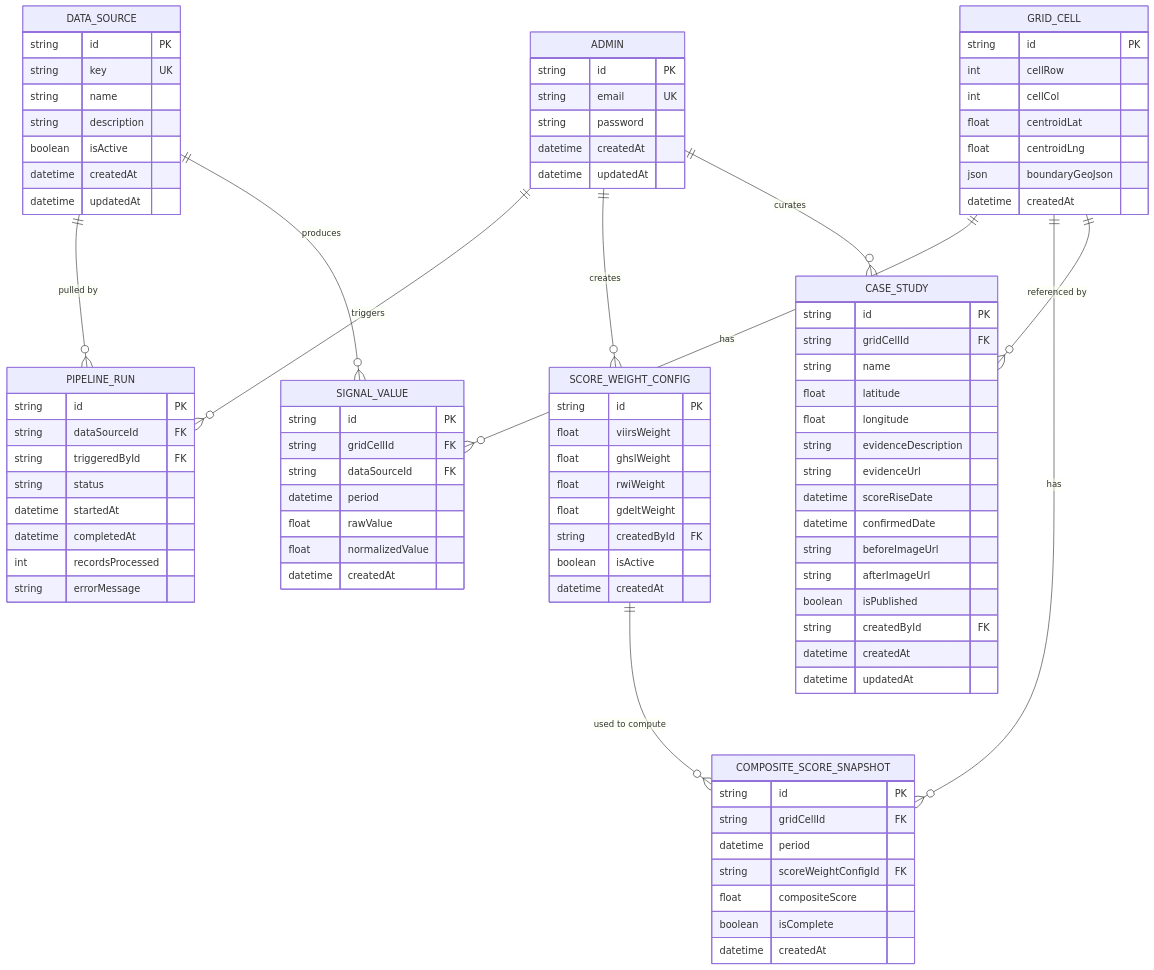
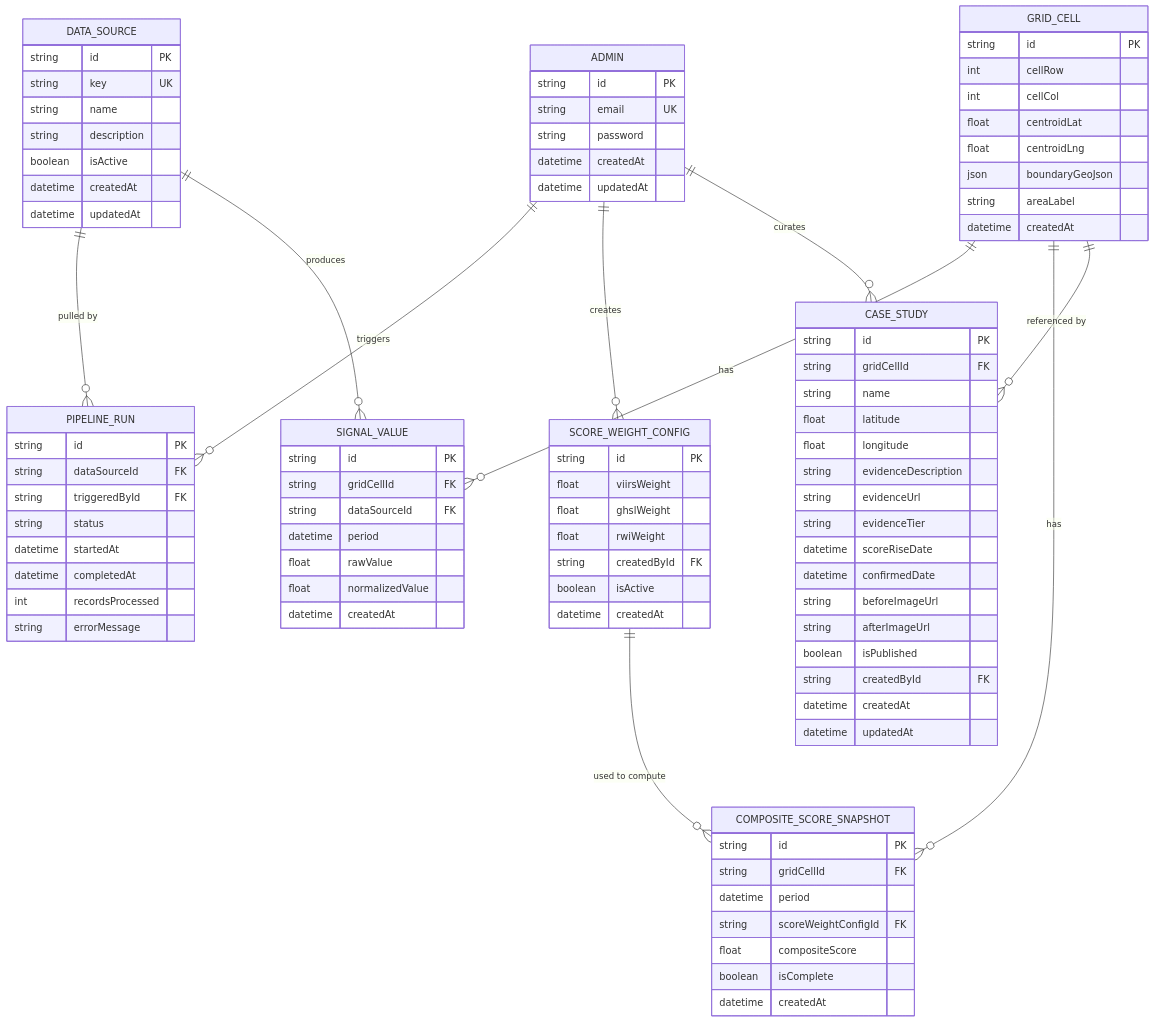
One commit to live-economy-map/docs changed the diagram in database-and-data-model.md. Above: the diagram before and after it, drawn with Mermaid. The commit also changed other lines of this file, not shown here.

First line of the commit message:
Update design decisions and entity details in schema

```diff
--- a/database-and-data-model.md
+++ b/database-and-data-model.md
@@ -242,6 +250,7 @@
         float centroidLat
         float centroidLng
         json boundaryGeoJson
+        string areaLabel
         datetime createdAt
     }
     SIGNAL_VALUE {
@@ -258,7 +267,6 @@
         float viirsWeight
         float ghslWeight
         float rwiWeight
-        float gdeltWeight
         string createdById FK
         boolean isActive
         datetime createdAt
@@ -280,6 +288,7 @@
         float longitude
         string evidenceDescription
         string evidenceUrl
+        string evidenceTier
         datetime scoreRiseDate
         datetime confirmedDate
         string beforeImageUrl
```
